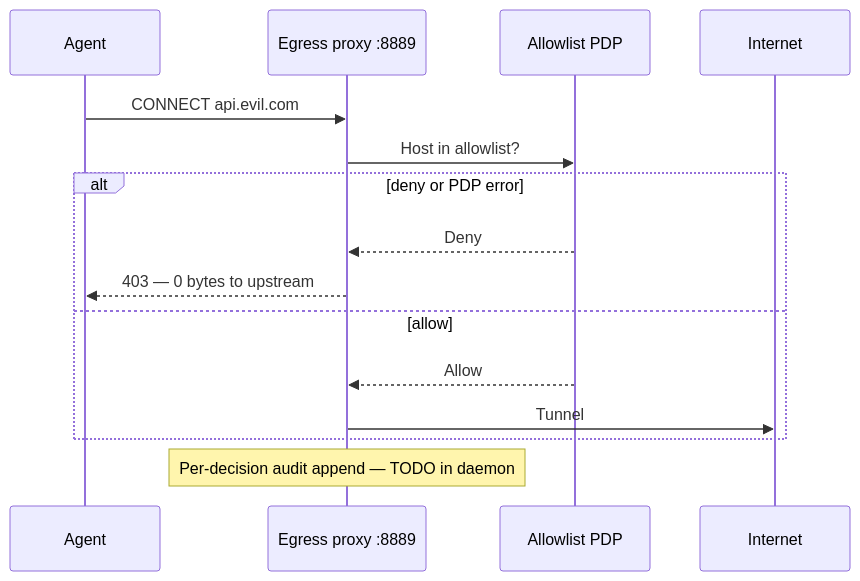
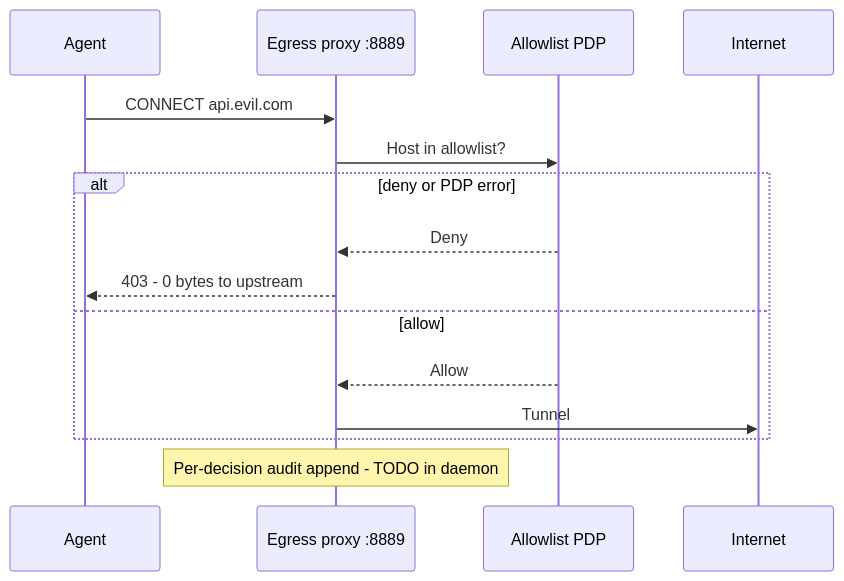
The second of 3 diagrams in README.md (aryasoni98/secureops), drawn with Mermaid before and after one commit. The commit also changed other lines of this file and 137 other files, not shown here.

````diff
--- a/README.md
+++ b/README.md
@@ -174,18 +174,18 @@
 ```mermaid
 sequenceDiagram
   participant A as Agent
   participant P as Egress proxy :8889
   participant PDP as Allowlist PDP
   participant U as Internet
 
   A->>P: CONNECT api.evil.com
   P->>PDP: Host in allowlist?
   alt deny or PDP error
     PDP-->>P: Deny
-    P-->>A: 403 — 0 bytes to upstream
+    P-->>A: 403 - 0 bytes to upstream
   else allow
     PDP-->>P: Allow
     P->>U: Tunnel
   end
-  Note over P: Per-decision audit append — TODO in daemon
+  Note over P: Per-decision audit append - TODO in daemon
 ```
````
